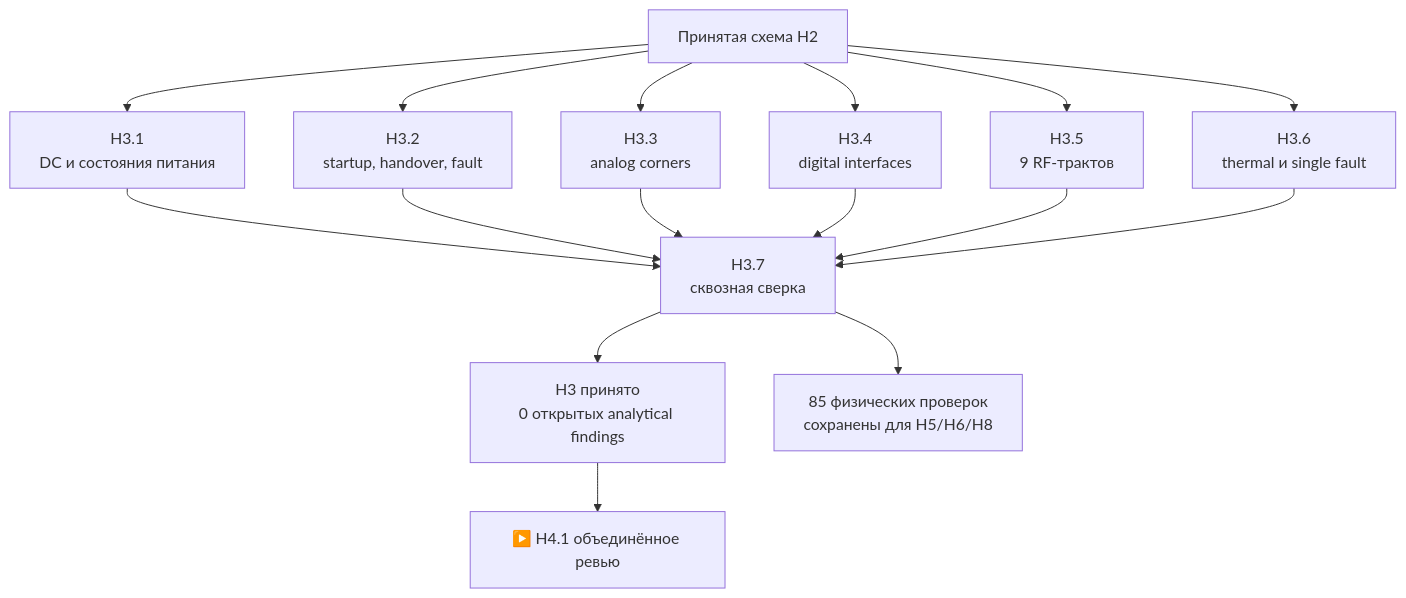
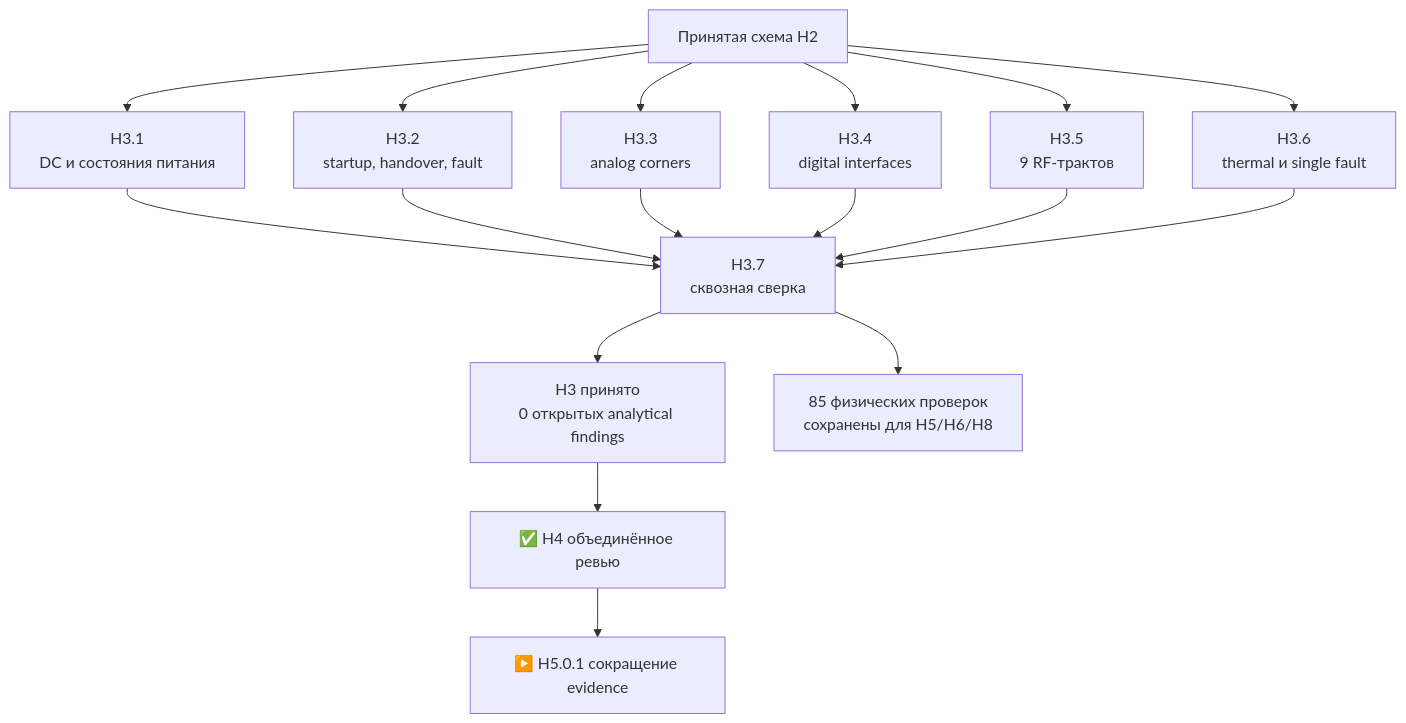
One commit to anton-vinogradov/esp32-leshy2 changed the diagram in docs/h3-acceptance.ru.md. Above: the diagram before and after it, drawn with Mermaid. The commit also changed other lines of this file and 99 other files, not shown here.

````diff
--- a/docs/h3-acceptance.ru.md
+++ b/docs/h3-acceptance.ru.md
@@ -11,17 +11,18 @@
 ```mermaid
 flowchart TB
   H2["Принятая схема H2"]
   DC["H3.1<br/>DC и состояния питания"]
   TR["H3.2<br/>startup, handover, fault"]
   AN["H3.3<br/>analog corners"]
   DI["H3.4<br/>digital interfaces"]
   RF["H3.5<br/>9 RF-трактов"]
   SF["H3.6<br/>thermal и single fault"]
   X["H3.7<br/>сквозная сверка"]
   OK["H3 принято<br/>0 открытых analytical findings"]
   PH["85 физических проверок<br/>сохранены для H5/H6/H8"]
   H2 --> DC & TR & AN & DI & RF & SF
   DC & TR & AN & DI & RF & SF --> X --> OK
   X --> PH
-  OK --> H4["▶️ H4.1 объединённое ревью"]
+  OK --> H4["✅ H4 объединённое ревью"]
+  H4 --> H5["▶️ H5.0.1 сокращение evidence"]
 ```
````
